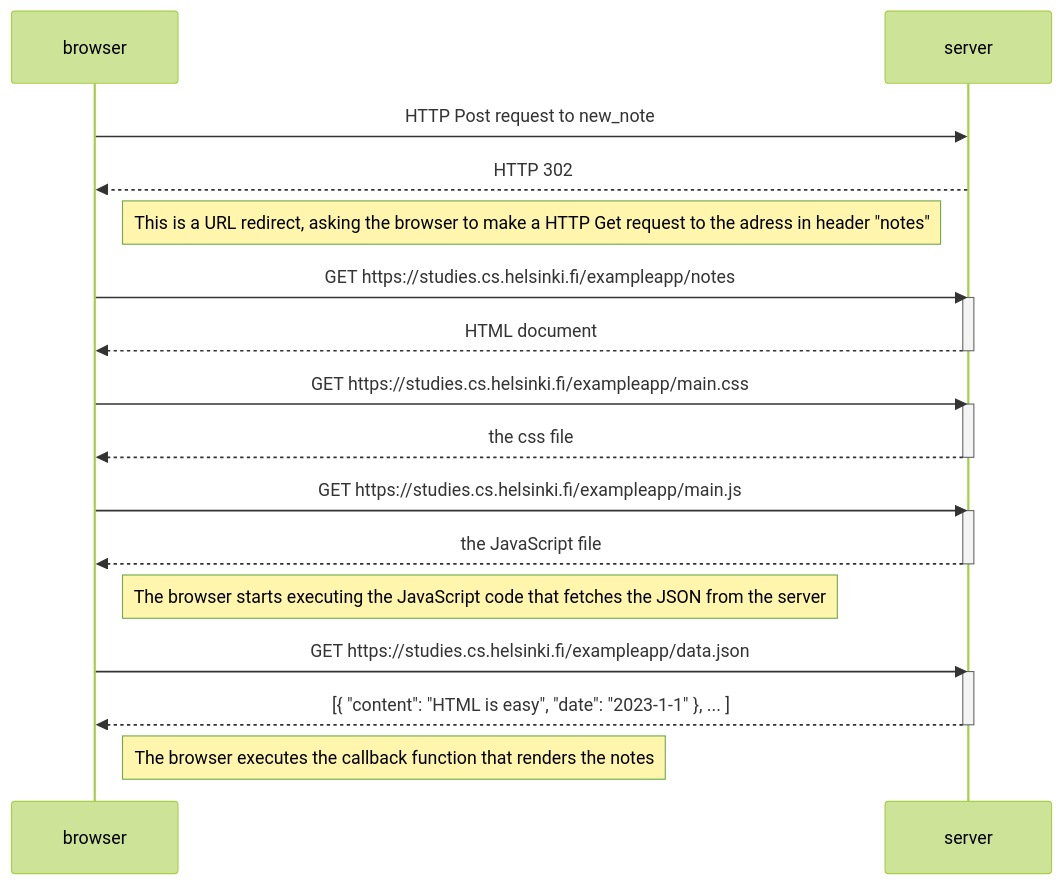
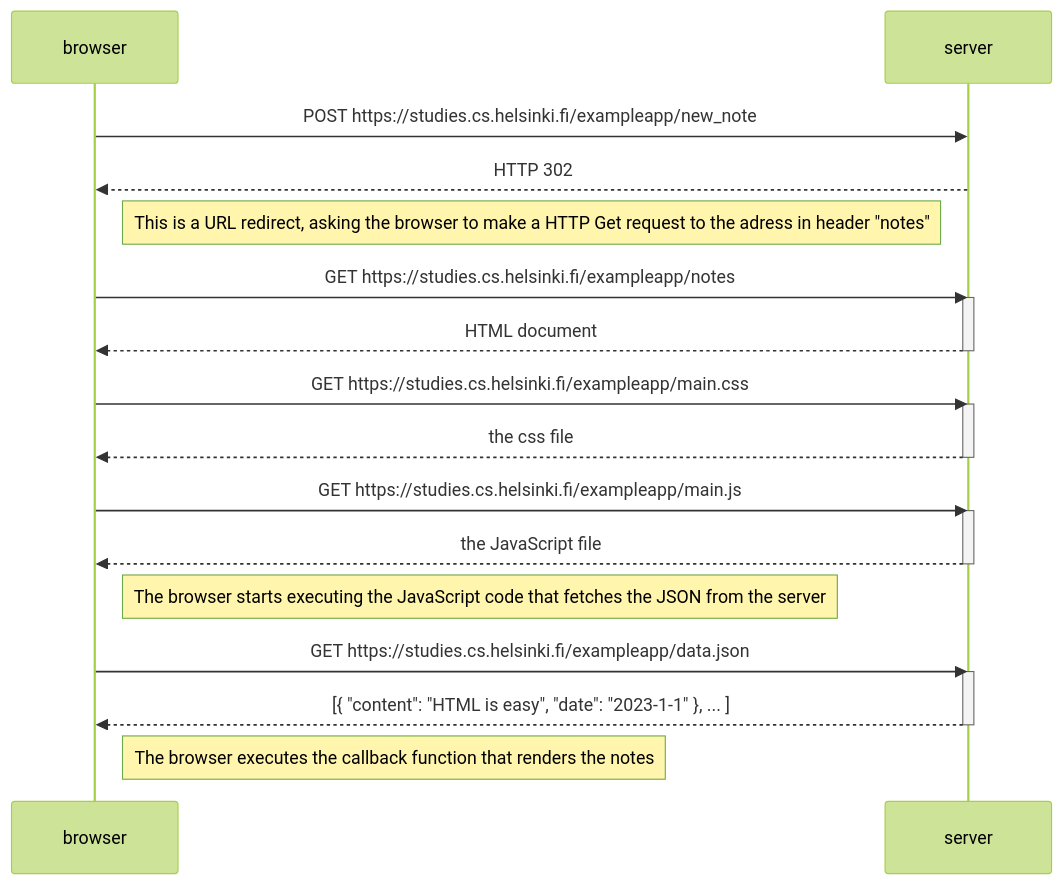
Before and after one commit to Bazax/FullstackSubmissions: the diagram in part0/0.4:new note diagram.md, drawn with Mermaid (forest theme).

Commit message:
Update 0.4:new note diagram.md

````diff
--- a/part0/0.4:new note diagram.md
+++ b/part0/0.4:new note diagram.md
@@ -2,32 +2,32 @@
 ```mermaid
 sequenceDiagram
-    browser->>server: HTTP Post request to new_note
+    browser->>server: POST https://studies.cs.helsinki.fi/exampleapp/new_note
     server-->>browser: HTTP 302
     Note right of browser: This is a URL redirect, asking the browser to make a HTTP Get request to the adress in header "notes"
 
     browser->>server: GET https://studies.cs.helsinki.fi/exampleapp/notes
     activate server
     server-->>browser: HTML document
     deactivate server
 
     browser->>server: GET https://studies.cs.helsinki.fi/exampleapp/main.css
     activate server
     server-->>browser: the css file
     deactivate server
 
     browser->>server: GET https://studies.cs.helsinki.fi/exampleapp/main.js
     activate server
     server-->>browser: the JavaScript file
     deactivate server
 
     Note right of browser: The browser starts executing the JavaScript code that fetches the JSON from the server
 
     browser->>server: GET https://studies.cs.helsinki.fi/exampleapp/data.json
     activate server
     server-->>browser: [{ "content": "HTML is easy", "date": "2023-1-1" }, ... ]
     deactivate server
 
     Note right of browser: The browser executes the callback function that renders the notes
 
 
 ```
````
